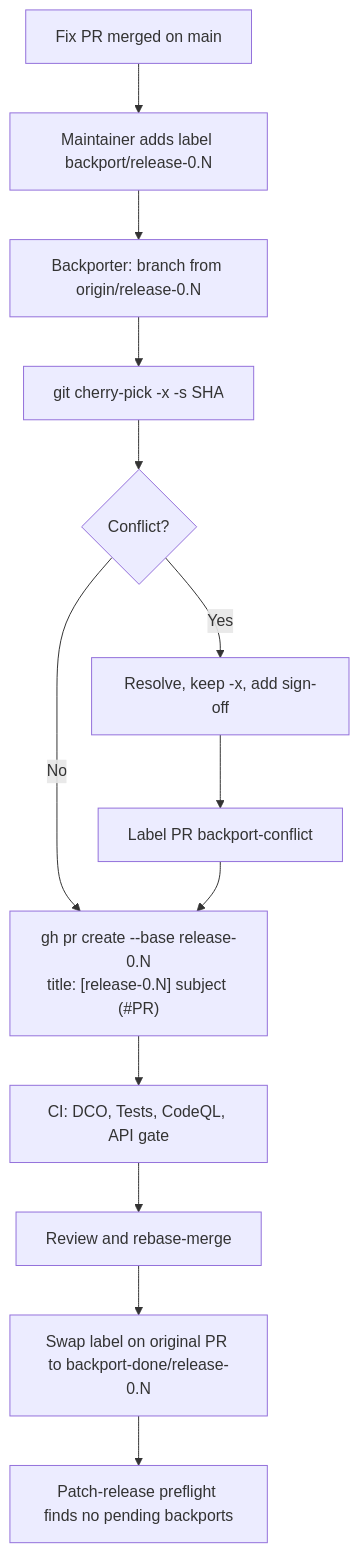
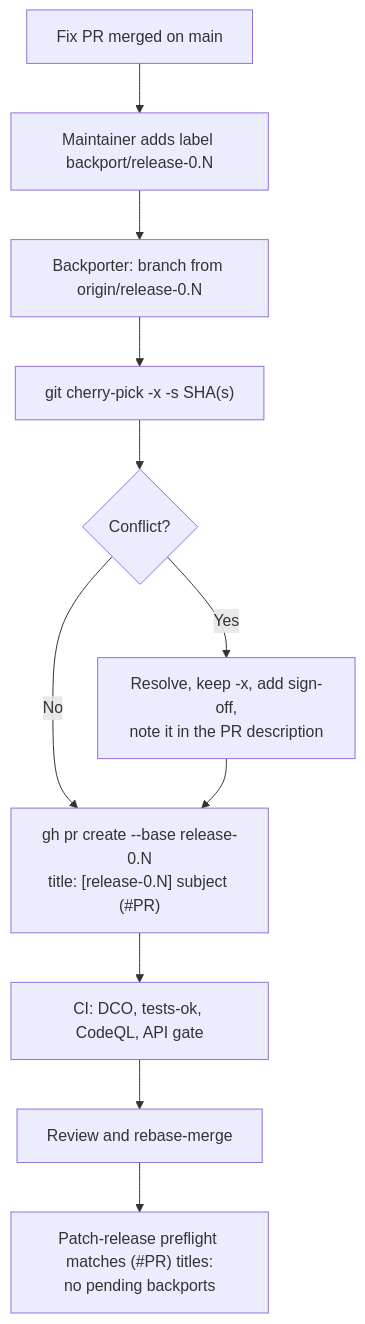
Before and after one commit to LFDT-Panurus/panurus: the second of 7 diagrams in docs/proposals/release-process.md, drawn with Mermaid. The commit also changed other lines of this file, not shown here.

First line of the commit message:
docs(proposals): revise release process after independent review

````diff
--- a/docs/proposals/release-process.md
+++ b/docs/proposals/release-process.md
@@ -166,15 +169,13 @@
 ```mermaid
 flowchart TD
     A["Fix PR merged on main"] --> B["Maintainer adds label backport/release-0.N"]
     B --> C["Backporter: branch from origin/release-0.N"]
-    C --> D["git cherry-pick -x -s SHA"]
+    C --> D["git cherry-pick -x -s SHA(s)"]
     D --> E{"Conflict?"}
     E -- "No" --> F["gh pr create --base release-0.N<br/>title: [release-0.N] subject (#PR)"]
-    E -- "Yes" --> G["Resolve, keep -x, add sign-off"]
-    G --> H["Label PR backport-conflict"]
-    H --> F
-    F --> I["CI: DCO, Tests, CodeQL, API gate"]
+    E -- "Yes" --> G["Resolve, keep -x, add sign-off,<br/>note it in the PR description"]
+    G --> F
+    F --> I["CI: DCO, tests-ok, CodeQL, API gate"]
     I --> J["Review and rebase-merge"]
-    J --> K["Swap label on original PR to backport-done/release-0.N"]
-    K --> L["Patch-release preflight finds no pending backports"]
+    J --> L["Patch-release preflight matches (#PR) titles:<br/>no pending backports"]
 ```
````
